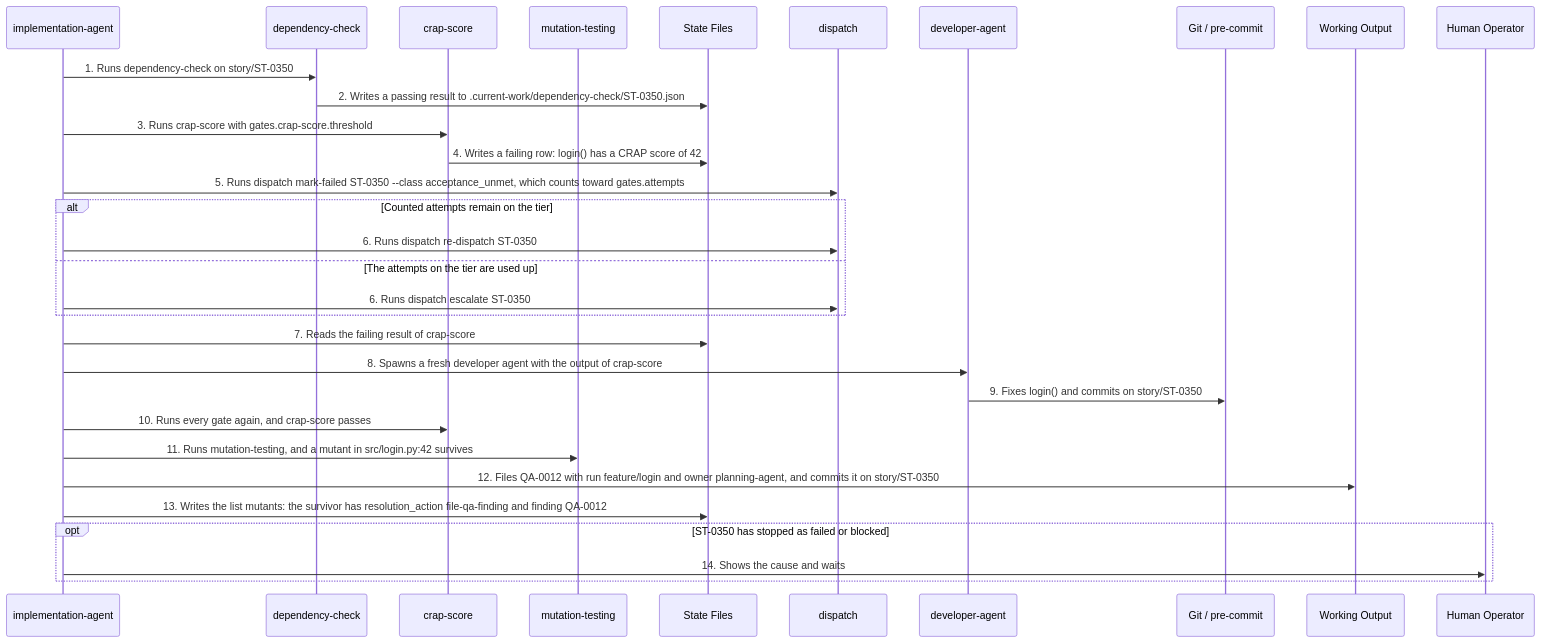
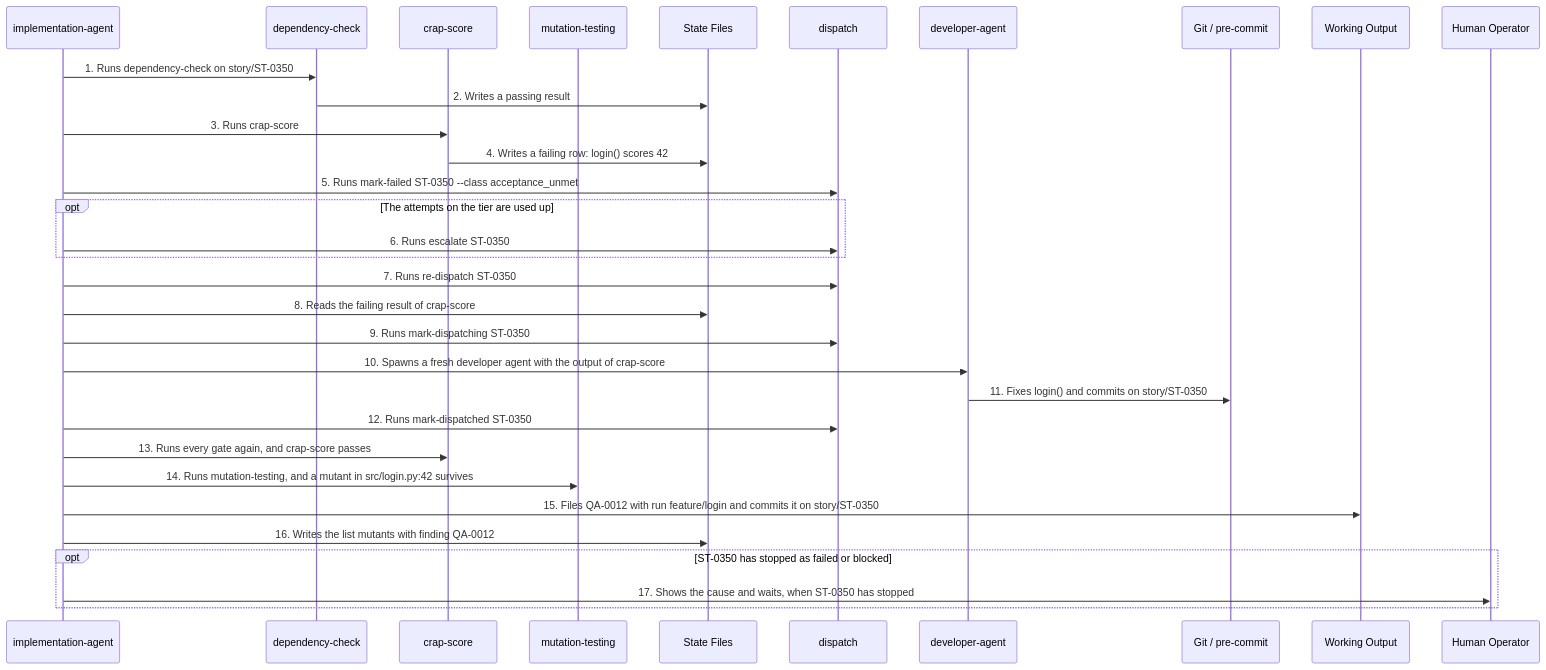
The fifth of 36 diagrams in docs/arc42/06_runtime_view.md (matthiasdaues/agent_factory), drawn with Mermaid before and after one commit. The commit also changed other lines of this file and 67 other files, not shown here.

First line of the commit message:
refactor: address the ATAM review of the run lifecycle architecture (ATAM-0021 to ATAM-0026)

````diff
--- a/docs/arc42/06_runtime_view.md
+++ b/docs/arc42/06_runtime_view.md
@@ -125,34 +125,35 @@
 ```mermaid
 sequenceDiagram
     participant IA as implementation-agent
     participant DC as dependency-check
     participant CS as crap-score
     participant MT as mutation-testing
     participant SF as State Files
     participant D as dispatch
     participant DA as developer-agent
     participant G as Git / pre-commit
     participant WO as Working Output
     participant U as Human Operator
 
     IA->>DC: 1. Runs dependency-check on story/ST-0350
-    DC->>SF: 2. Writes a passing result to .current-work/dependency-check/ST-0350.json
-    IA->>CS: 3. Runs crap-score with gates.crap-score.threshold
-    CS->>SF: 4. Writes a failing row: login() has a CRAP score of 42
-    IA->>D: 5. Runs dispatch mark-failed ST-0350 --class acceptance_unmet, which counts toward gates.attempts
-    alt Counted attempts remain on the tier
-        IA->>D: 6. Runs dispatch re-dispatch ST-0350
-    else The attempts on the tier are used up
-        IA->>D: 6. Runs dispatch escalate ST-0350
+    DC->>SF: 2. Writes a passing result
+    IA->>CS: 3. Runs crap-score
+    CS->>SF: 4. Writes a failing row: login() scores 42
+    IA->>D: 5. Runs mark-failed ST-0350 --class acceptance_unmet
+    opt The attempts on the tier are used up
+        IA->>D: 6. Runs escalate ST-0350
     end
-    IA->>SF: 7. Reads the failing result of crap-score
-    IA->>DA: 8. Spawns a fresh developer agent with the output of crap-score
-    DA->>G: 9. Fixes login() and commits on story/ST-0350
-    IA->>CS: 10. Runs every gate again, and crap-score passes
-    IA->>MT: 11. Runs mutation-testing, and a mutant in src/login.py:42 survives
-    IA->>WO: 12. Files QA-0012 with run feature/login and owner planning-agent, and commits it on story/ST-0350
-    IA->>SF: 13. Writes the list mutants: the survivor has resolution_action file-qa-finding and finding QA-0012
+    IA->>D: 7. Runs re-dispatch ST-0350
+    IA->>SF: 8. Reads the failing result of crap-score
+    IA->>D: 9. Runs mark-dispatching ST-0350
+    IA->>DA: 10. Spawns a fresh developer agent with the output of crap-score
+    DA->>G: 11. Fixes login() and commits on story/ST-0350
+    IA->>D: 12. Runs mark-dispatched ST-0350
+    IA->>CS: 13. Runs every gate again, and crap-score passes
+    IA->>MT: 14. Runs mutation-testing, and a mutant in src/login.py:42 survives
+    IA->>WO: 15. Files QA-0012 with run feature/login and commits it on story/ST-0350
+    IA->>SF: 16. Writes the list mutants with finding QA-0012
     opt ST-0350 has stopped as failed or blocked
-        IA->>U: 14. Shows the cause and waits
+        IA->>U: 17. Shows the cause and waits, when ST-0350 has stopped
     end
 ```
````
